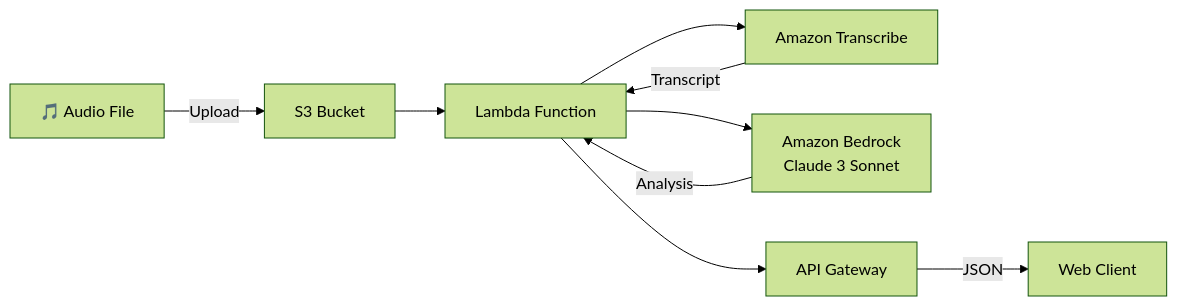
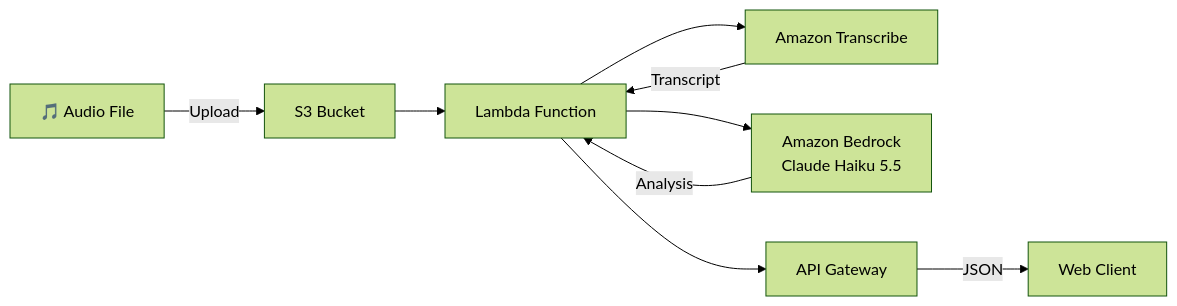
The diagram in README.md (AndresFMC/ai-meeting-summarizer), drawn with Mermaid (forest theme) before and after one commit. The commit also changed other lines of this file and 3 other files, not shown here.

First line of the commit message:
Migrate from retired Claude 3 Sonnet to Claude Haiku 5.5 (EU inference profile)

````diff
--- a/README.md
+++ b/README.md
@@ -32,11 +34,11 @@
 ```mermaid
 graph LR
     A[🎵 Audio File] -->|Upload| B[S3 Bucket]
     B --> C[Lambda Function]
     C --> D[Amazon Transcribe]
     D -->|Transcript| C
-    C --> E[Amazon Bedrock<br/>Claude 3 Sonnet]
+    C --> E[Amazon Bedrock<br/>Claude Haiku 5.5]
     E -->|Analysis| C
     C --> F[API Gateway]
     F -->|JSON| G[Web Client]
 ```
````
